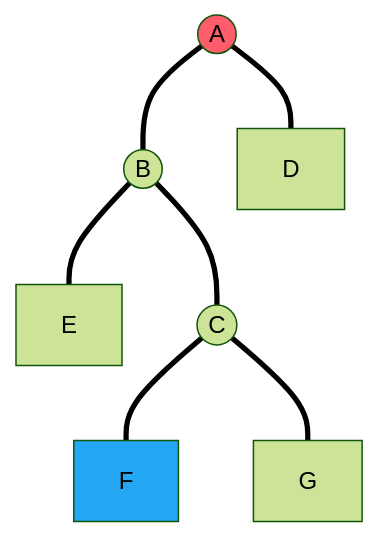
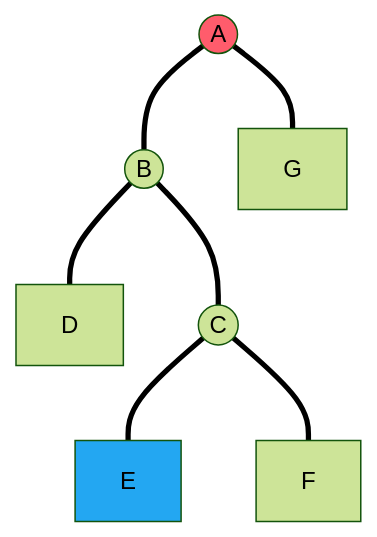
One commit to WintermelonC/WintermelonC_Docs changed the eighth of 25 diagrams in docs/zju/compulsory_courses/ADS/ch1.md. Above: the diagram before and after it, drawn with Mermaid (forest theme). The commit also changed other lines of this file and 11 other files, not shown here.

````diff
--- a/docs/zju/compulsory_courses/ADS/ch1.md
+++ b/docs/zju/compulsory_courses/ADS/ch1.md
@@ -165,18 +165,18 @@
     ```mermaid
     graph TD;
     A((A))
     B((B))
     E[E]
+    D[D]
     C((C))
-    D[D]
     F[F]
     G[G]
     A === B
-    A === D
-    B === E
+    A === G
+    B === D
     B === C
+    C === E
     C === F
-    C === G
     style A fill: #ff5c6c
-    style F fill: #23a7f2
+    style E fill: #23a7f2
     ```
````
